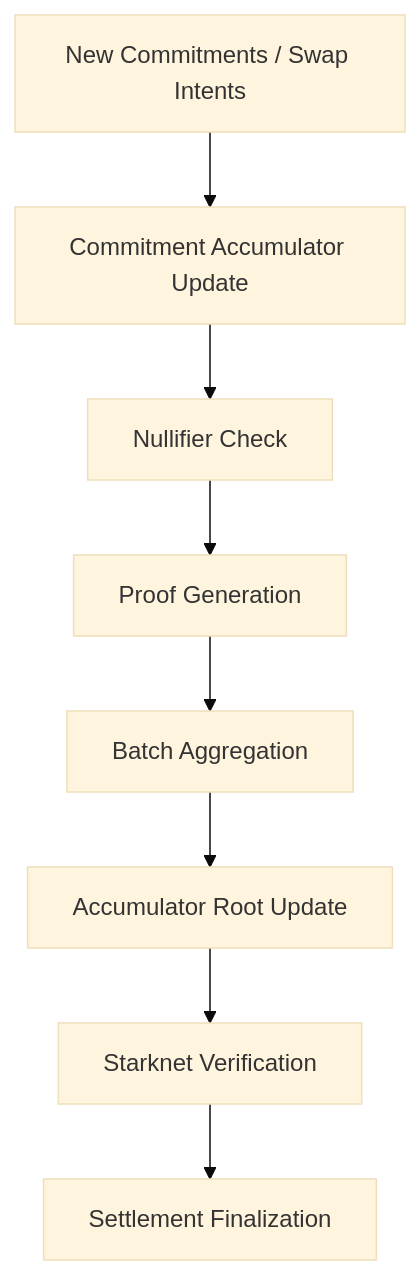
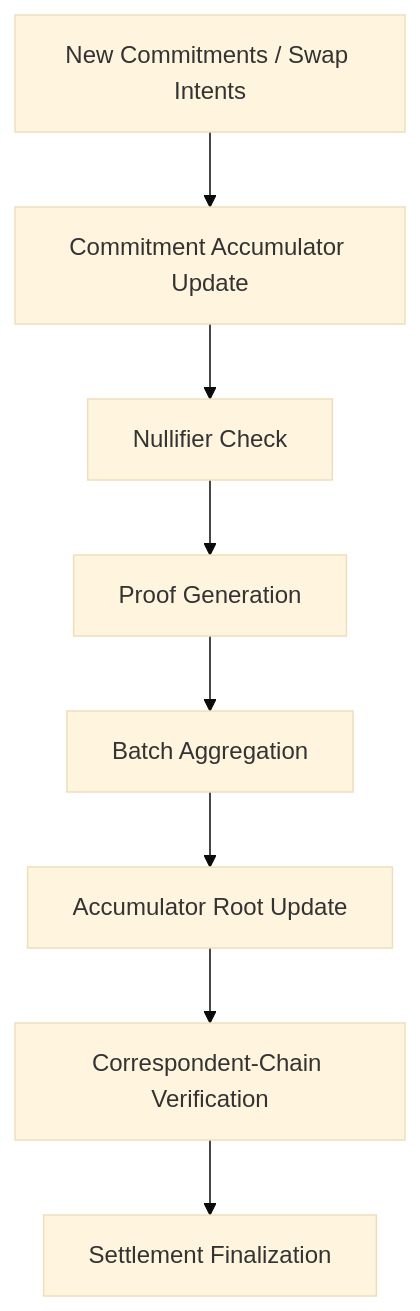
Before and after one commit to bcyx-protocol/docs: the diagram in accumulators.md, drawn with Mermaid (base theme). The commit also changed other lines of this file and 9 other files, not shown here.

````diff
--- a/accumulators.md
+++ b/accumulators.md
@@ -143,18 +143,18 @@
 ```mermaid
 flowchart TD
 
 A[New Commitments / Swap Intents]
 --> B[Commitment Accumulator Update]
 
 B --> C[Nullifier Check]
 
 C --> D[Proof Generation]
 
 D --> E[Batch Aggregation]
 
 E --> F[Accumulator Root Update]
 
-F --> G[Starknet Verification]
+F --> G[Correspondent-Chain Verification]
 
 G --> H[Settlement Finalization]
 ```
````
